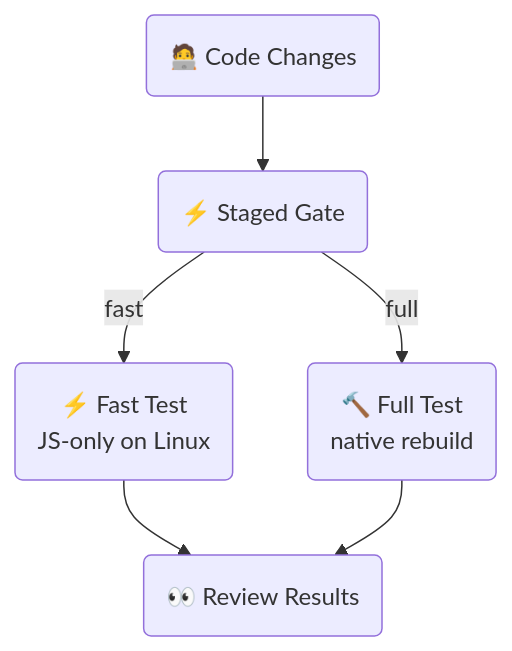
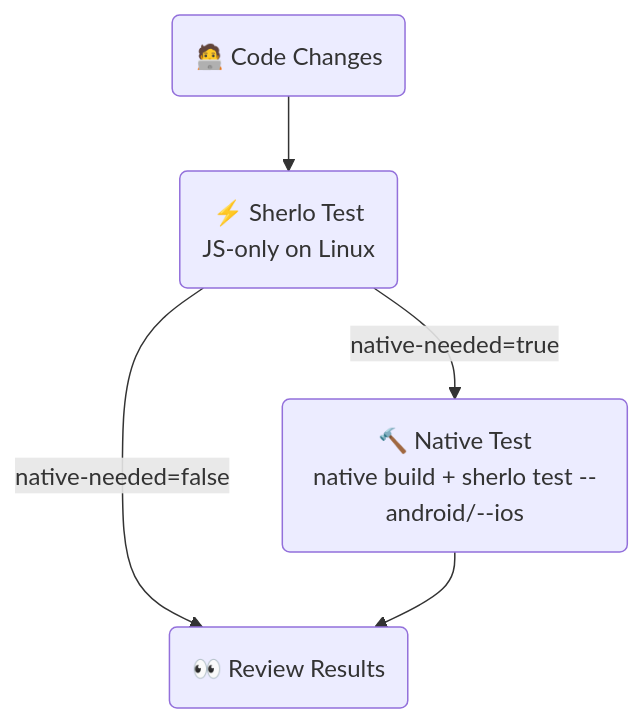
The diagram in examples/staged/README.md (sherlo-io/sherlo), drawn with Mermaid before and after one commit. The commit also changed other lines of this file and 67 other files, not shown here.

First line of the commit message:
feat(cli): converge the staged flow into one `sherlo test` verb

````diff
--- a/examples/staged/README.md
+++ b/examples/staged/README.md
@@ -17,14 +16,12 @@
 ```mermaid
 flowchart TB
    UI(🧑‍💻 Code Changes)
-   Gate(⚡ Staged Gate)
-   Fast("⚡ Fast Test<br/>JS-only on Linux")
-   Full("🔨 Full Test<br/>native rebuild")
+   Test("⚡ Sherlo Test<br/>JS-only on Linux")
+   Native("🔨 Native Test<br/>native build + sherlo test --android/--ios")
    Review(👀 Review Results)
 
-   UI --> Gate
-   Gate -->|fast| Fast
-   Gate -->|full| Full
-   Fast --> Review
-   Full --> Review
+   UI --> Test
+   Test -->|native-needed=false| Review
+   Test -->|native-needed=true| Native
+   Native --> Review
 ```
````
